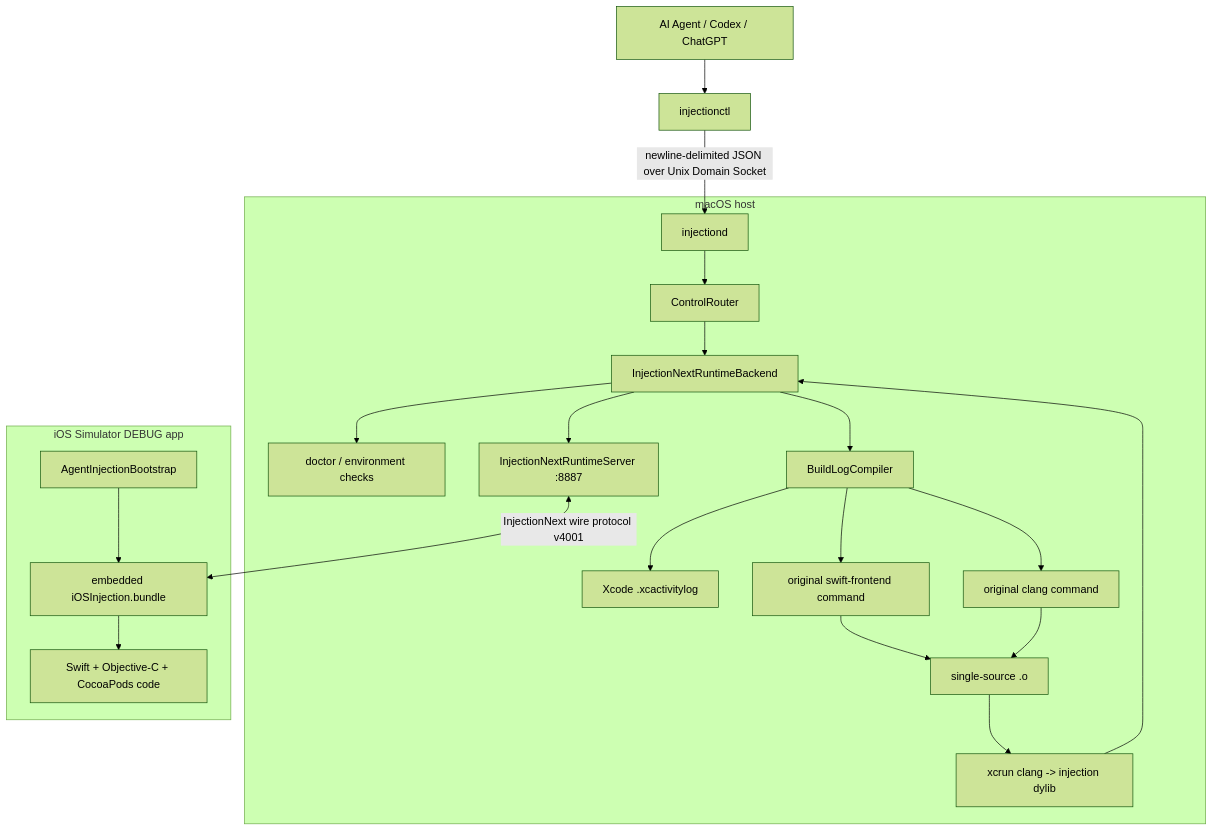
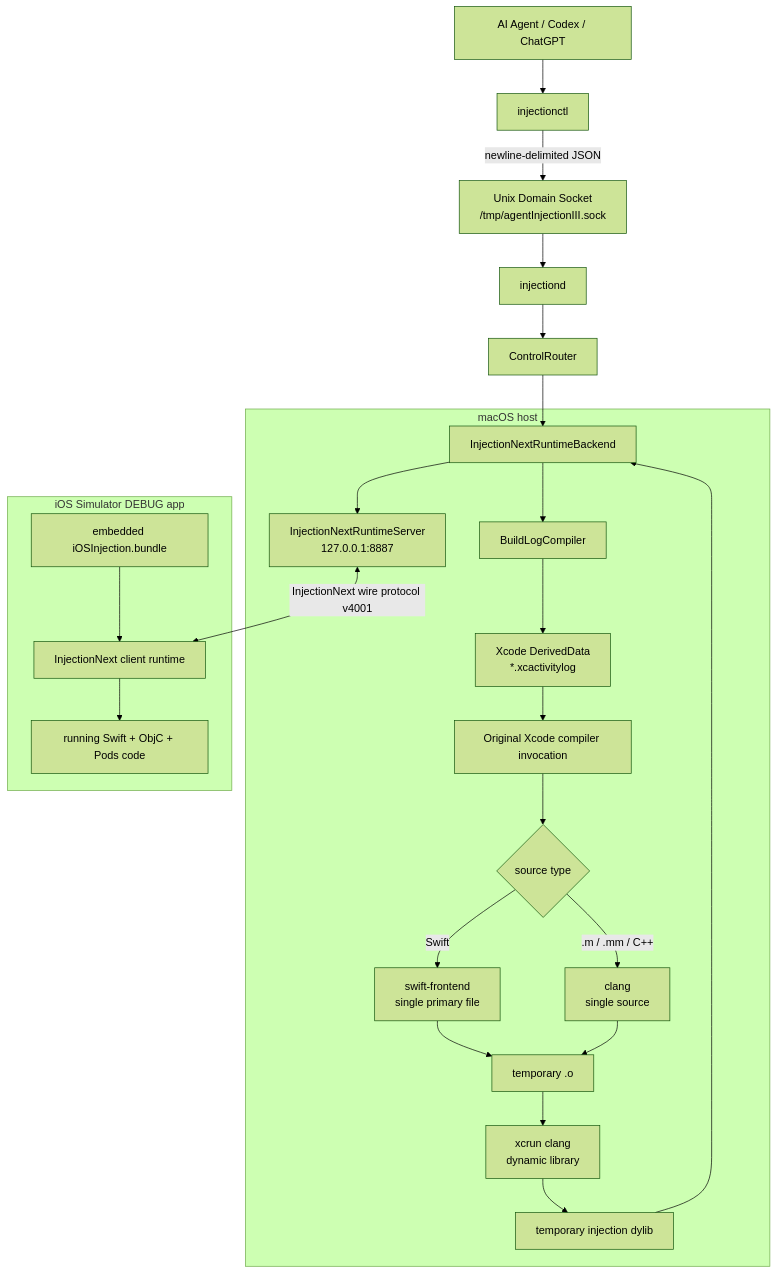
The first of 2 diagrams in docs/architecture.md (samstring/agentInjectionIII), drawn with Mermaid (forest theme) before and after one commit. The commit also changed other lines of this file, not shown here.

Commit message:
Update architecture for headless runtime and compiler path

````diff
--- a/docs/architecture.md
+++ b/docs/architecture.md
@@ -5,34 +5,38 @@
 ```mermaid
 flowchart TD
     Agent["AI Agent / Codex / ChatGPT"] --> CLI["injectionctl"]
 
-    CLI -->|"newline-delimited JSON over Unix Domain Socket"| Daemon["injectiond"]
+    CLI -->|"newline-delimited JSON"| UDS["Unix Domain Socket<br/>/tmp/agentInjectionIII.sock"]
+    UDS --> Daemon["injectiond"]
+    Daemon --> Router["ControlRouter"]
+    Router --> Backend["InjectionNextRuntimeBackend"]
 
-    subgraph Host["macOS host"]
-        Daemon --> Router["ControlRouter"]
-        Router --> Backend["InjectionNextRuntimeBackend"]
+    subgraph Mac["macOS host"]
+        Backend --> Compiler["BuildLogCompiler"]
+        Compiler --> Logs["Xcode DerivedData<br/>*.xcactivitylog"]
+        Logs --> Original["Original Xcode compiler invocation"]
 
-        Backend --> Doctor["doctor / environment checks"]
-        Backend --> Compiler["BuildLogCompiler"]
-        Compiler --> Logs["Xcode .xcactivitylog"]
-        Compiler --> Swift["original swift-frontend command"]
-        Compiler --> Clang["original clang command"]
-        Swift --> Object["single-source .o"]
-        Clang --> Object
-        Object --> Link["xcrun clang -> injection dylib"]
+        Original --> Type{"source type"}
+        Type -->|Swift| Swift["swift-frontend<br/>single primary file"]
+        Type -->|.m / .mm / C++| Clang["clang<br/>single source"]
 
-        Backend --> RuntimeServer["InjectionNextRuntimeServer :8887"]
+        Swift --> Obj["temporary .o"]
+        Clang --> Obj
+        Obj --> Link["xcrun clang<br/>dynamic library"]
+        Link --> Dylib["temporary injection dylib"]
+
+        Backend --> RuntimeServer["InjectionNextRuntimeServer<br/>127.0.0.1:8887"]
     end
 
-    subgraph Target["iOS Simulator DEBUG app"]
-        Bootstrap["AgentInjectionBootstrap"]
-        Runtime["embedded iOSInjection.bundle"]
-        App["Swift + Objective-C + CocoaPods code"]
+    subgraph Simulator["iOS Simulator DEBUG app"]
+        Bundle["embedded iOSInjection.bundle"]
+        Runtime["InjectionNext client runtime"]
+        App["running Swift + ObjC + Pods code"]
 
-        Bootstrap --> Runtime
+        Bundle --> Runtime
         Runtime --> App
     end
 
-    Link --> Backend
+    Dylib --> Backend
     RuntimeServer <-->|"InjectionNext wire protocol v4001"| Runtime
 ```
````
